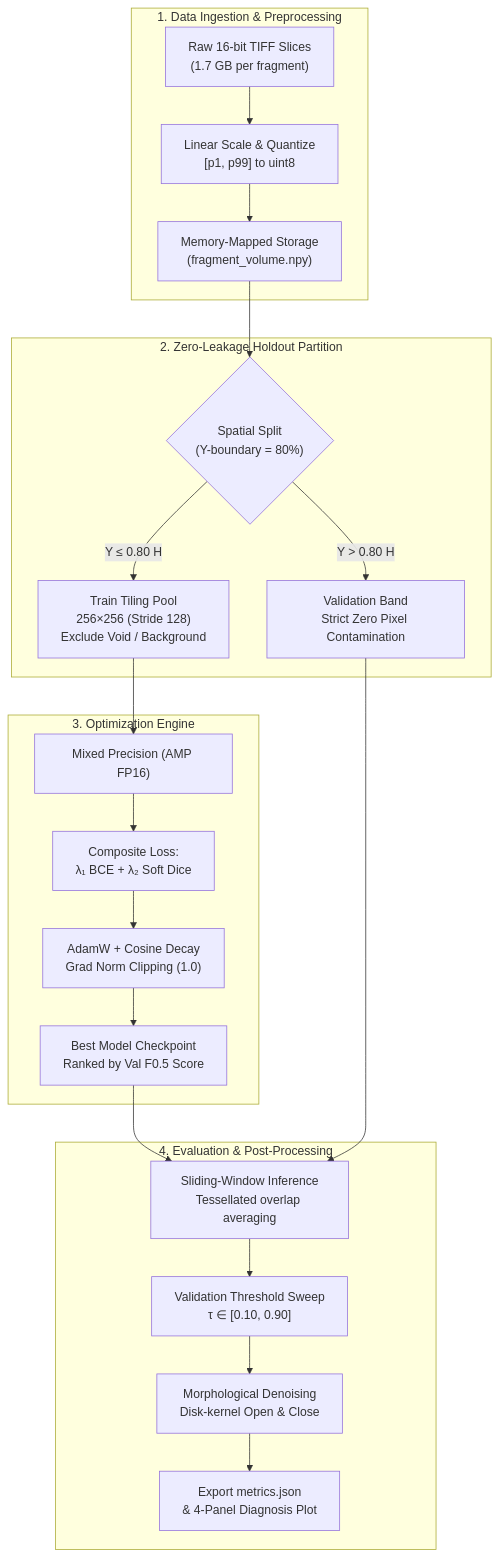
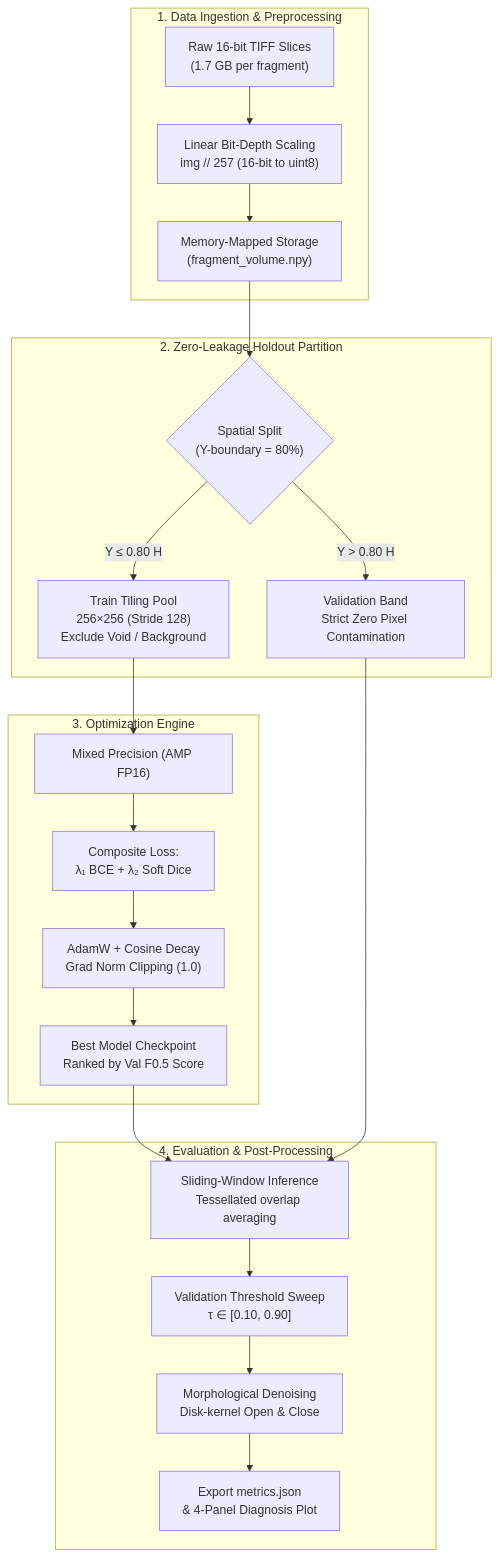
Before and after one commit to ankushsingh003/InkSense: the second of 2 diagrams in README.md, drawn with Mermaid. The commit also changed other lines of this file and 8 other files, not shown here.

````diff
--- a/README.md
+++ b/README.md
@@ -69,30 +80,30 @@
 ```mermaid
 flowchart TD
     subgraph Offline_Preprocessing ["1. Data Ingestion & Preprocessing"]
         RAW["Raw 16-bit TIFF Slices<br/>(1.7 GB per fragment)"]
-        SCALE["Linear Scale & Quantize<br/>[p1, p99] to uint8"]
+        SCALE["Linear Bit-Depth Scaling<br/>img // 257 (16-bit to uint8)"]
         MMAP["Memory-Mapped Storage<br/>(fragment_volume.npy)"]
         RAW --> SCALE --> MMAP
     end
 
     subgraph Spatial_Partitioning ["2. Zero-Leakage Holdout Partition"]
         MMAP --> SPLIT{"Spatial Split<br/>(Y-boundary = 80%)"}
         SPLIT -->|Y &le; 0.80 H| TR_TILES["Train Tiling Pool<br/>256×256 (Stride 128)<br/>Exclude Void / Background"]
         SPLIT -->|Y &gt; 0.80 H| VAL_ZONE["Validation Band<br/>Strict Zero Pixel Contamination"]
     end
 
     subgraph Training_Loop ["3. Optimization Engine"]
         TR_TILES --> AMP["Mixed Precision (AMP FP16)"]
         AMP --> LOSS["Composite Loss:<br/>&lambda;₁ BCE + &lambda;₂ Soft Dice"]
         LOSS --> OPT["AdamW + Cosine Decay<br/>Grad Norm Clipping (1.0)"]
         OPT --> CHECKPOINT["Best Model Checkpoint<br/>Ranked by Val F0.5 Score"]
     end
 
     subgraph Inference_Evaluation ["4. Evaluation & Post-Processing"]
         CHECKPOINT --> SLIDE["Sliding-Window Inference<br/>Tessellated overlap averaging"]
         VAL_ZONE --> SLIDE
         SLIDE --> SWEEP["Validation Threshold Sweep<br/>&tau; &isin; [0.10, 0.90]"]
         SWEEP --> MORPH["Morphological Denoising<br/>Disk-kernel Open & Close"]
         MORPH --> OUT["Export metrics.json<br/>& 4-Panel Diagnosis Plot"]
     end
 ```
````
